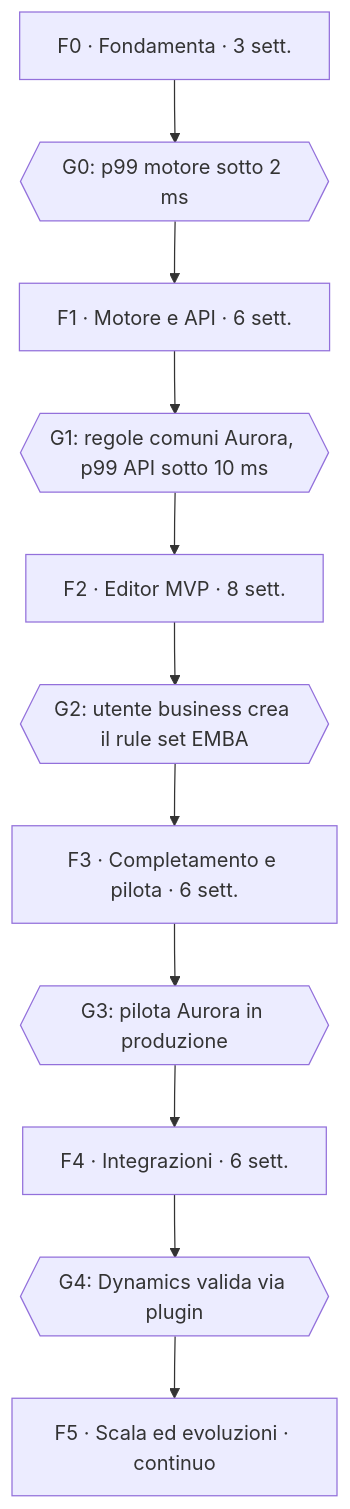
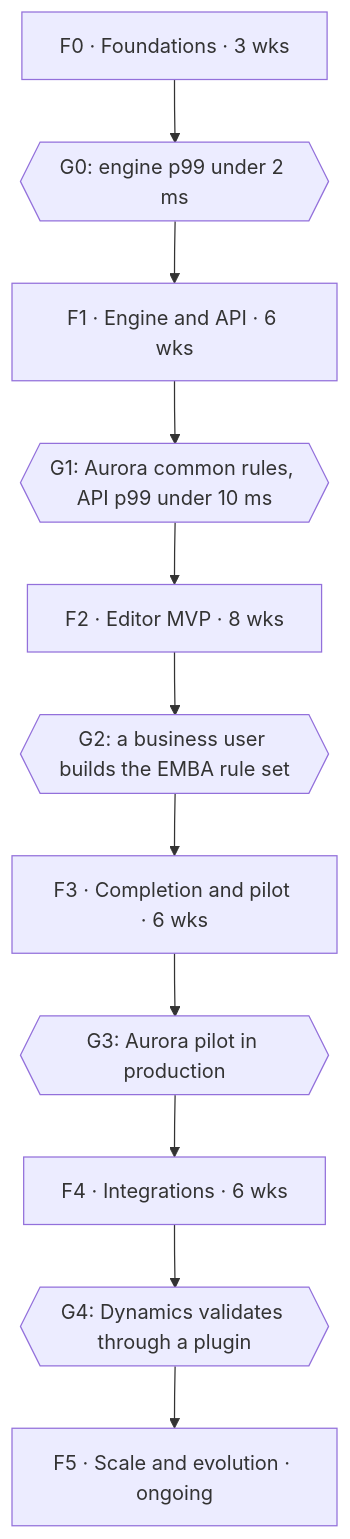
One commit to albegali/minos changed the second of 2 diagrams in docs/spec.md. Above: the diagram before and after it, drawn with Mermaid. The commit also changed other lines of this file and 22 other files, not shown here.

````diff
--- a/docs/spec.md
+++ b/docs/spec.md
@@ -476,9 +476,9 @@
 ```mermaid
 flowchart TB
-  F0[F0 · Fondamenta · 3 sett.] --> G0{{G0: p99 motore sotto 2 ms}}
-  G0 --> F1[F1 · Motore e API · 6 sett.] --> G1{{G1: regole comuni Aurora, p99 API sotto 10 ms}}
-  G1 --> F2[F2 · Editor MVP · 8 sett.] --> G2{{G2: utente business crea il rule set EMBA}}
-  G2 --> F3[F3 · Completamento e pilota · 6 sett.] --> G3{{G3: pilota Aurora in produzione}}
-  G3 --> F4[F4 · Integrazioni · 6 sett.] --> G4{{G4: Dynamics valida via plugin}}
-  G4 --> F5[F5 · Scala ed evoluzioni · continuo]
+  F0[F0 · Foundations · 3 wks] --> G0{{G0: engine p99 under 2 ms}}
+  G0 --> F1[F1 · Engine and API · 6 wks] --> G1{{G1: Aurora common rules, API p99 under 10 ms}}
+  G1 --> F2[F2 · Editor MVP · 8 wks] --> G2{{G2: a business user builds the EMBA rule set}}
+  G2 --> F3[F3 · Completion and pilot · 6 wks] --> G3{{G3: Aurora pilot in production}}
+  G3 --> F4[F4 · Integrations · 6 wks] --> G4{{G4: Dynamics validates through a plugin}}
+  G4 --> F5[F5 · Scale and evolution · ongoing]
 ```
````
